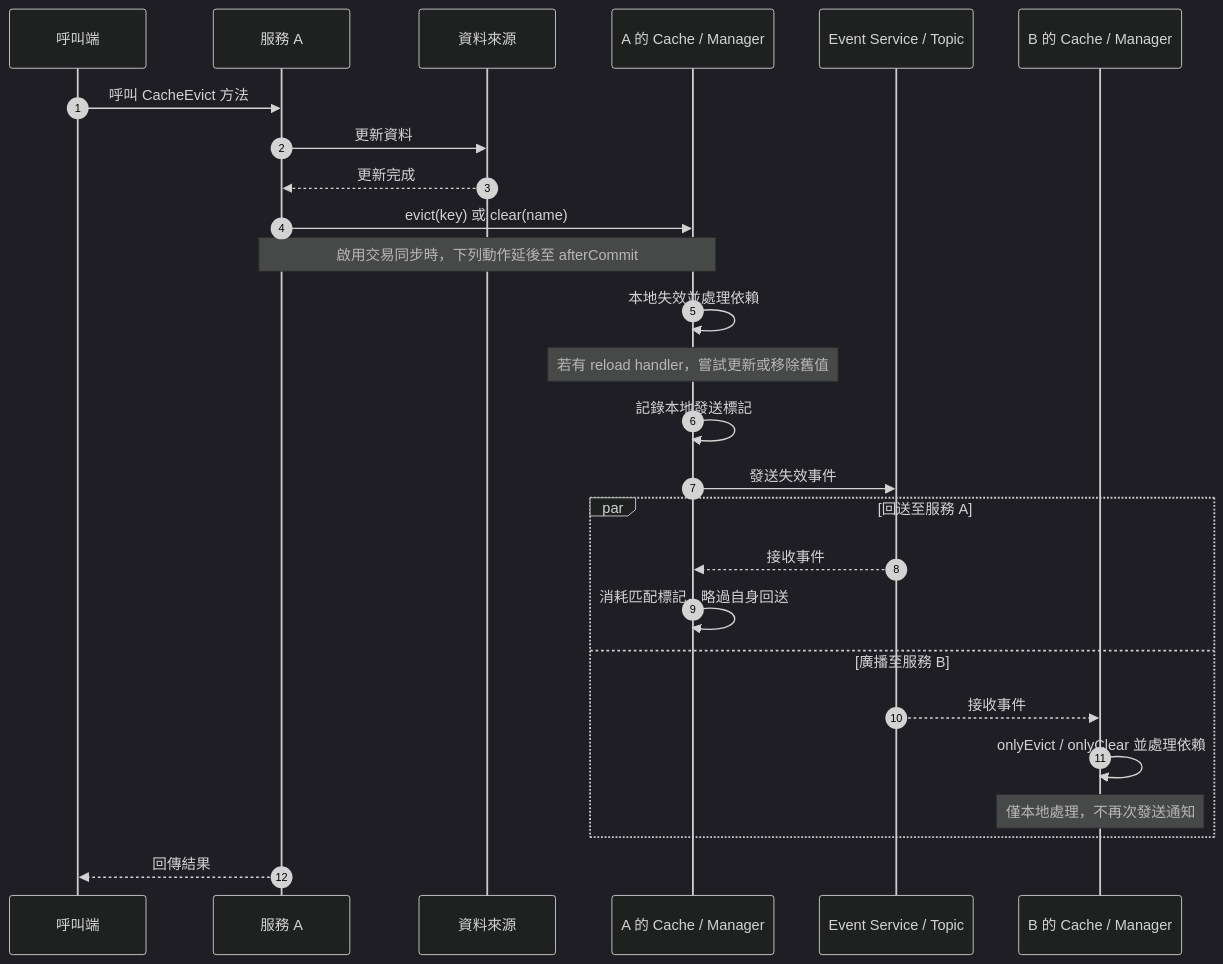
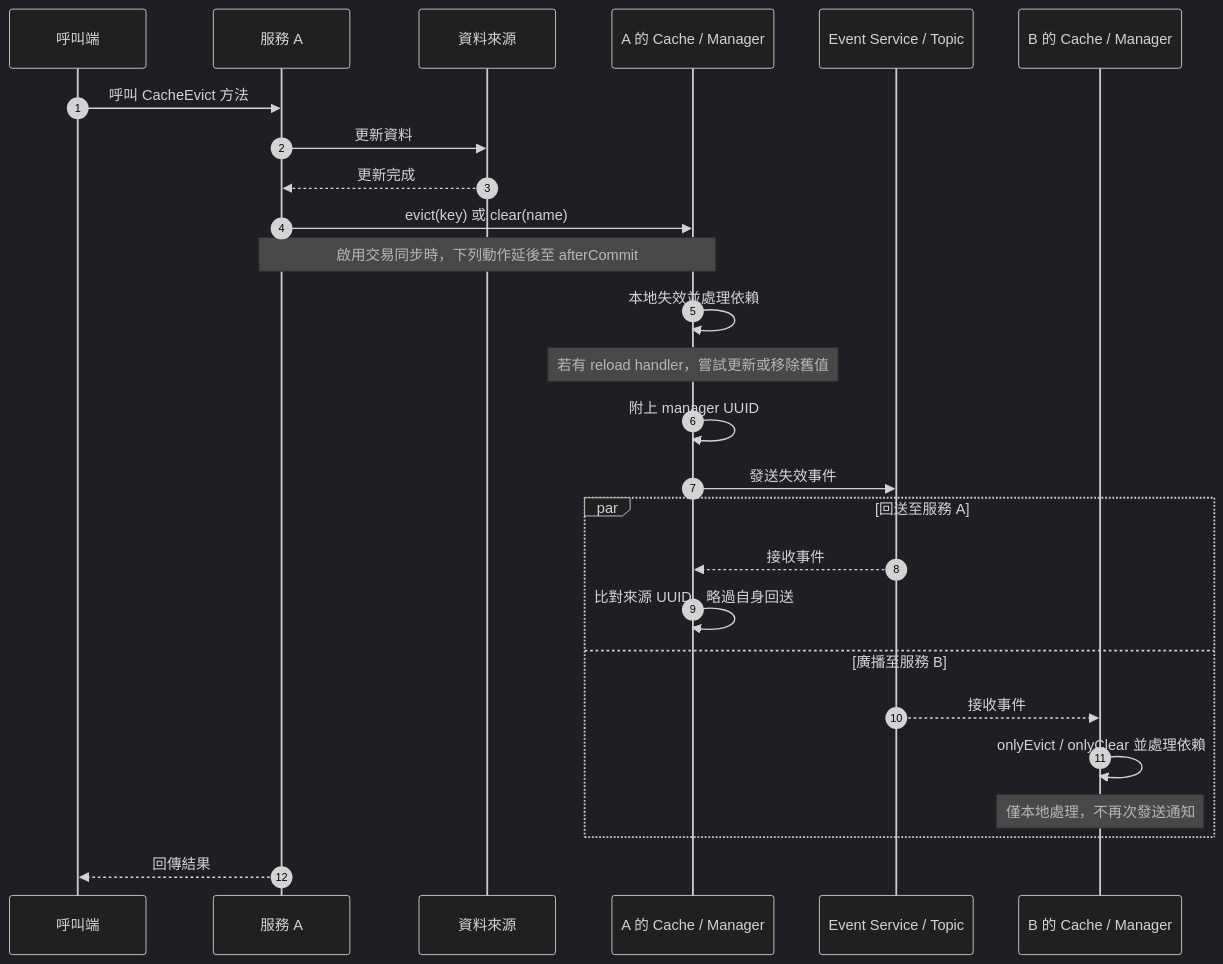
One commit to babyblue94520/polar-bear-cache changed the third of 4 diagrams in README.zh-TW.md. Above: the diagram before and after it, drawn with Mermaid (dark theme). The commit also changed other lines of this file and 13 other files, not shown here.

````diff
--- a/README.zh-TW.md
+++ b/README.zh-TW.md
@@ -287,29 +359,29 @@
 ```mermaid
 sequenceDiagram
     autonumber
     participant Client as 呼叫端
     participant A as 服務 A
     participant DB as 資料來源
     participant CA as A 的 Cache / Manager
     participant MQ as Event Service / Topic
     participant CB as B 的 Cache / Manager
 
     Client->>A: 呼叫 CacheEvict 方法
     A->>DB: 更新資料
     DB-->>A: 更新完成
     A->>CA: evict(key) 或 clear(name)
     Note over A,CA: 啟用交易同步時，下列動作延後至 afterCommit
     CA->>CA: 本地失效並處理依賴
     Note over CA: 若有 reload handler，嘗試更新或移除舊值
-    CA->>CA: 記錄本地發送標記
+    CA->>CA: 附上 manager UUID
     CA->>MQ: 發送失效事件
     par 回送至服務 A
         MQ-->>CA: 接收事件
-        CA->>CA: 消耗匹配標記，略過自身回送
+        CA->>CA: 比對來源 UUID，略過自身回送
     and 廣播至服務 B
         MQ-->>CB: 接收事件
         CB->>CB: onlyEvict / onlyClear 並處理依賴
         Note over CB: 僅本地處理，不再次發送通知
     end
     A-->>Client: 回傳結果
 ```
````
